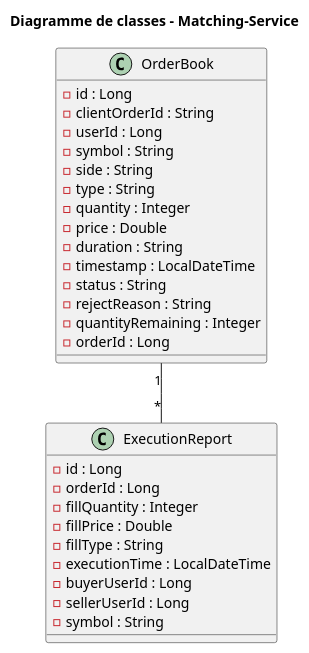
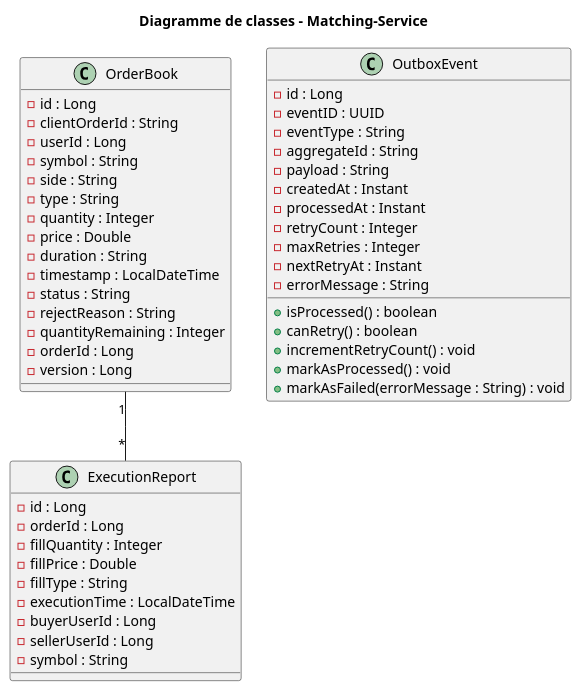
The diagram in docs/architecture/4+1/logicalView/classDiagramMatching.puml (Hugo-12341234/BrokerX_MicroServices), drawn with PlantUML before and after one commit. The commit also changed 11 other files, not shown here.

Commit message:
Class diagrams done, to be added to section 8 of rapport

```diff
--- a/docs/architecture/4+1/logicalView/classDiagramMatching.puml
+++ b/docs/architecture/4+1/logicalView/classDiagramMatching.puml
@@ -1,34 +1,54 @@
 @startuml
 title Diagramme de classes - Matching-Service
 
 class OrderBook {
   -id : Long
   -clientOrderId : String
   -userId : Long
   -symbol : String
   -side : String
   -type : String
   -quantity : Integer
   -price : Double
   -duration : String
   -timestamp : LocalDateTime
   -status : String
   -rejectReason : String
   -quantityRemaining : Integer
   -orderId : Long
+  -version : Long
 }
 
 class ExecutionReport {
   -id : Long
   -orderId : Long
   -fillQuantity : Integer
   -fillPrice : Double
   -fillType : String
   -executionTime : LocalDateTime
   -buyerUserId : Long
   -sellerUserId : Long
   -symbol : String
 }
 
+class OutboxEvent {
+    -id : Long
+    -eventID : UUID
+    -eventType : String
+    -aggregateId : String
+    -payload : String
+    -createdAt : Instant
+    -processedAt : Instant
+    -retryCount : Integer
+    -maxRetries : Integer
+    -nextRetryAt : Instant
+    -errorMessage : String
+    +isProcessed() : boolean
+    +canRetry() : boolean
+    +incrementRetryCount() : void
+    +markAsProcessed() : void
+    +markAsFailed(errorMessage : String) : void
+}
+
 OrderBook "1" -- "*" ExecutionReport
 @enduml
```
